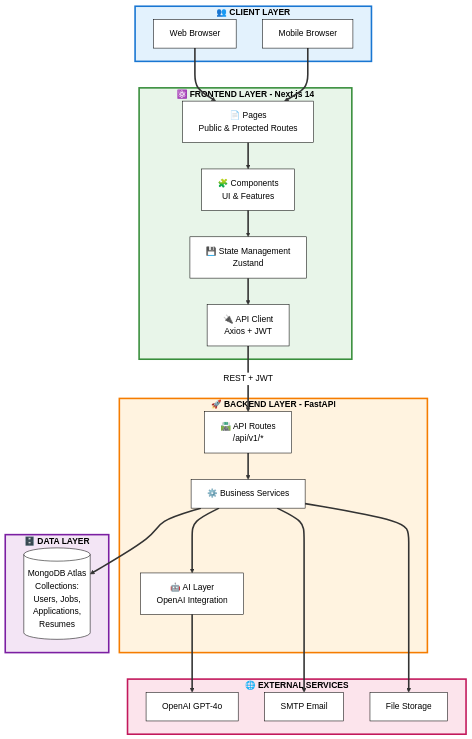
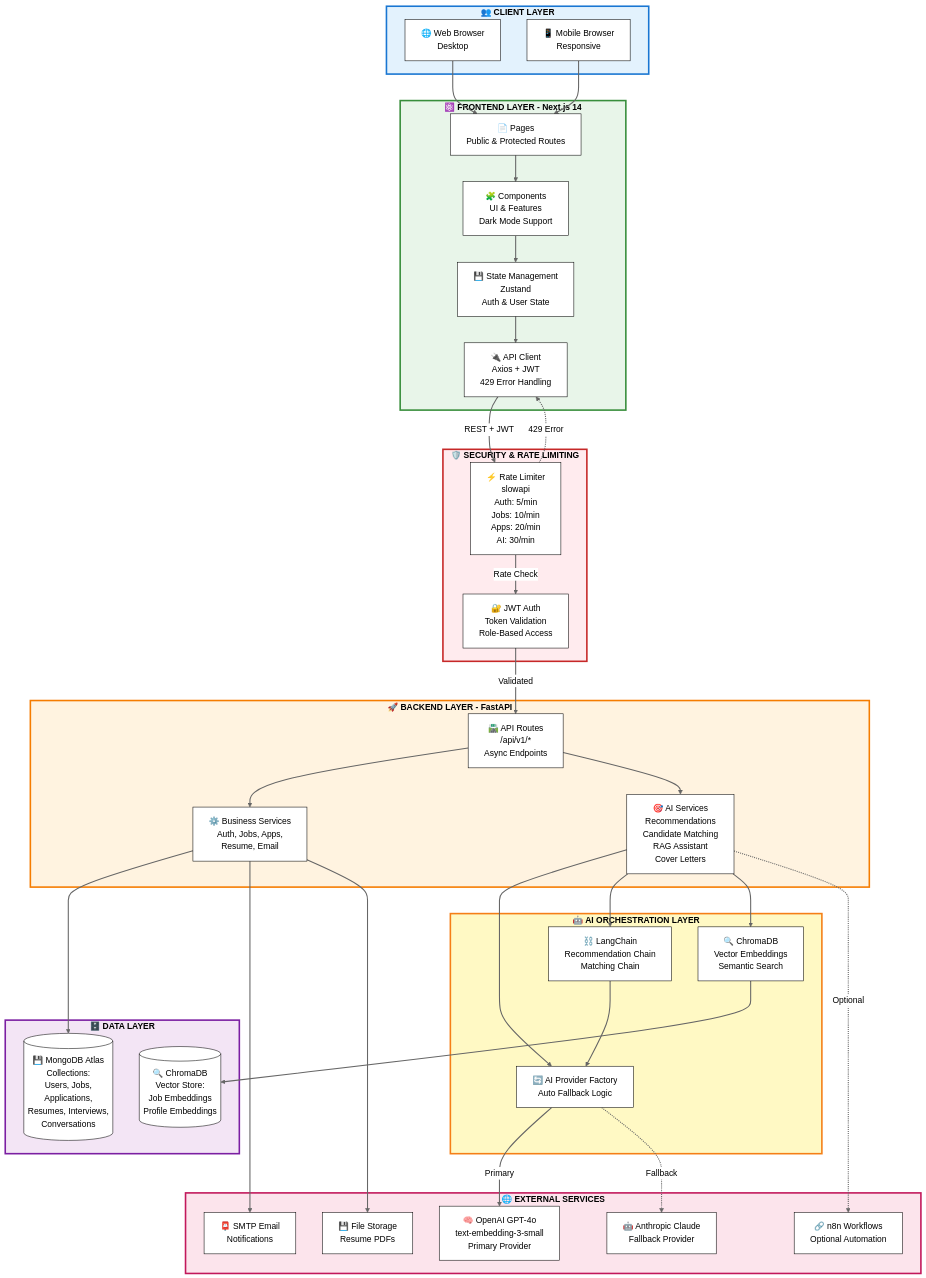
One commit to fly2safa/JobPortal changed the second of 5 diagrams in README.md. Above: the diagram before and after it, drawn with Mermaid. The commit also changed other lines of this file and 1 other file, not shown here.

````diff
--- a/README.md
+++ b/README.md
@@ -167,60 +204,102 @@
 %%{init: {'theme':'base', 'themeVariables': { 'primaryColor':'#ffffff','primaryTextColor':'#000000','primaryBorderColor':'#000000','lineColor':'#333333','secondaryColor':'#f4f4f4','tertiaryColor':'#ffffff','clusterBkg':'#f9f9f9','clusterBorder':'#333333','titleColor':'#000000','edgeLabelBackground':'#ffffff'}}}%%
 graph TB
     subgraph Client["<b>👥 CLIENT LAYER</b>"]
-        Browser["Web Browser"]
-        Mobile["Mobile Browser"]
+        Browser["🌐 Web Browser<br/>Desktop"]
+        Mobile["📱 Mobile Browser<br/>Responsive"]
     end
     
     subgraph Frontend["<b>⚛️ FRONTEND LAYER - Next.js 14</b>"]
         Pages["📄 Pages<br/>Public & Protected Routes"]
-        Components["🧩 Components<br/>UI & Features"]
-        Store["💾 State Management<br/>Zustand"]
-        APIClient["🔌 API Client<br/>Axios + JWT"]
+        Components["🧩 Components<br/>UI & Features<br/>Dark Mode Support"]
+        Store["💾 State Management<br/>Zustand<br/>Auth & User State"]
+        APIClient["🔌 API Client<br/>Axios + JWT<br/>429 Error Handling"]
+    end
+    
+    subgraph Security["<b>🛡️ SECURITY & RATE LIMITING</b>"]
+        RateLimit["⚡ Rate Limiter<br/>slowapi<br/>Auth: 5/min<br/>Jobs: 10/min<br/>Apps: 20/min<br/>AI: 30/min"]
+        JWT["🔐 JWT Auth<br/>Token Validation<br/>Role-Based Access"]
     end
     
     subgraph Backend["<b>🚀 BACKEND LAYER - FastAPI</b>"]
-        Routes["🛣️ API Routes<br/>/api/v1/*"]
-        Services["⚙️ Business Services"]
-        AI["🤖 AI Layer<br/>OpenAI Integration"]
+        Routes["🛣️ API Routes<br/>/api/v1/*<br/>Async Endpoints"]
+        Services["⚙️ Business Services<br/>Auth, Jobs, Apps,<br/>Resume, Email"]
+        AIServices["🎯 AI Services<br/>Recommendations<br/>Candidate Matching<br/>RAG Assistant<br/>Cover Letters"]
+    end
+    
+    subgraph AILayer["<b>🤖 AI ORCHESTRATION LAYER</b>"]
+        AIProvider["🔄 AI Provider Factory<br/>Auto Fallback Logic"]
+        LangChain["⛓️ LangChain<br/>Recommendation Chain<br/>Matching Chain"]
+        VectorStore["🔍 ChromaDB<br/>Vector Embeddings<br/>Semantic Search"]
     end
     
     subgraph Data["<b>🗄️ DATA LAYER</b>"]
-        MongoDB[("MongoDB Atlas<br/>Collections:<br/>Users, Jobs,<br/>Applications,<br/>Resumes")]
+        MongoDB[("💾 MongoDB Atlas<br/>Collections:<br/>Users, Jobs,<br/>Applications,<br/>Resumes, Interviews,<br/>Conversations")]
+        ChromaDB[("🔍 ChromaDB<br/>Vector Store:<br/>Job Embeddings<br/>Profile Embeddings")]
     end
     
     subgraph External["<b>🌐 EXTERNAL SERVICES</b>"]
-        OpenAI["OpenAI GPT-4o"]
-        SMTP["SMTP Email"]
-        Files["File Storage"]
+        OpenAI["🧠 OpenAI GPT-4o<br/>text-embedding-3-small<br/>Primary Provider"]
+        Anthropic["🤖 Anthropic Claude<br/>Fallback Provider"]
+        SMTP["📮 SMTP Email<br/>Notifications"]
+        Files["💾 File Storage<br/>Resume PDFs"]
+        n8n["🔗 n8n Workflows<br/>Optional Automation"]
     end
     
-    %% Connections
+    %% Connections - Client to Frontend
     Browser ==> Pages
     Mobile ==> Pages
     Pages ==> Components
     Components ==> Store
     Store ==> APIClient
-    APIClient ==>|REST + JWT| Routes
+    
+    %% Frontend to Security Layer
+    APIClient ==>|REST + JWT| RateLimit
+    RateLimit ==>|Rate Check| JWT
+    RateLimit -.->|429 Error| APIClient
+    
+    %% Security to Backend
+    JWT ==>|Validated| Routes
     Routes ==> Services
-    Services ==> AI
+    Routes ==> AIServices
+    
+    %% Services to Data
     Services ==> MongoDB
-    AI ==> OpenAI
+    
+    %% AI Services to AI Layer
+    AIServices ==> AIProvider
+    AIServices ==> LangChain
+    AIServices ==> VectorStore
+    
+    %% AI Layer to External
+    AIProvider ==>|Primary| OpenAI
+    AIProvider -.->|Fallback| Anthropic
+    LangChain ==> AIProvider
+    VectorStore ==> ChromaDB
+    
+    %% Optional n8n Integration
+    AIServices -.->|Optional| n8n
+    
+    %% Services to External
     Services ==> SMTP
     Services ==> Files
     
     %% Styling
     classDef clientStyle fill:#e3f2fd,stroke:#1976d2,stroke-width:3px
     classDef frontendStyle fill:#e8f5e9,stroke:#388e3c,stroke-width:3px
+    classDef securityStyle fill:#ffebee,stroke:#c62828,stroke-width:3px
     classDef backendStyle fill:#fff3e0,stroke:#f57c00,stroke-width:3px
+    classDef aiStyle fill:#fff9c4,stroke:#f57f17,stroke-width:3px
     classDef dataStyle fill:#f3e5f5,stroke:#7b1fa2,stroke-width:3px
     classDef externalStyle fill:#fce4ec,stroke:#c2185b,stroke-width:3px
     
     class Client clientStyle
     class Frontend frontendStyle
+    class Security securityStyle
     class Backend backendStyle
+    class AILayer aiStyle
     class Data dataStyle
     class External externalStyle
     
     %% Link styling for better visibility
-    linkStyle default stroke:#333,stroke-width:3px
+    linkStyle default stroke:#666,stroke-width:2px
 ```
````
